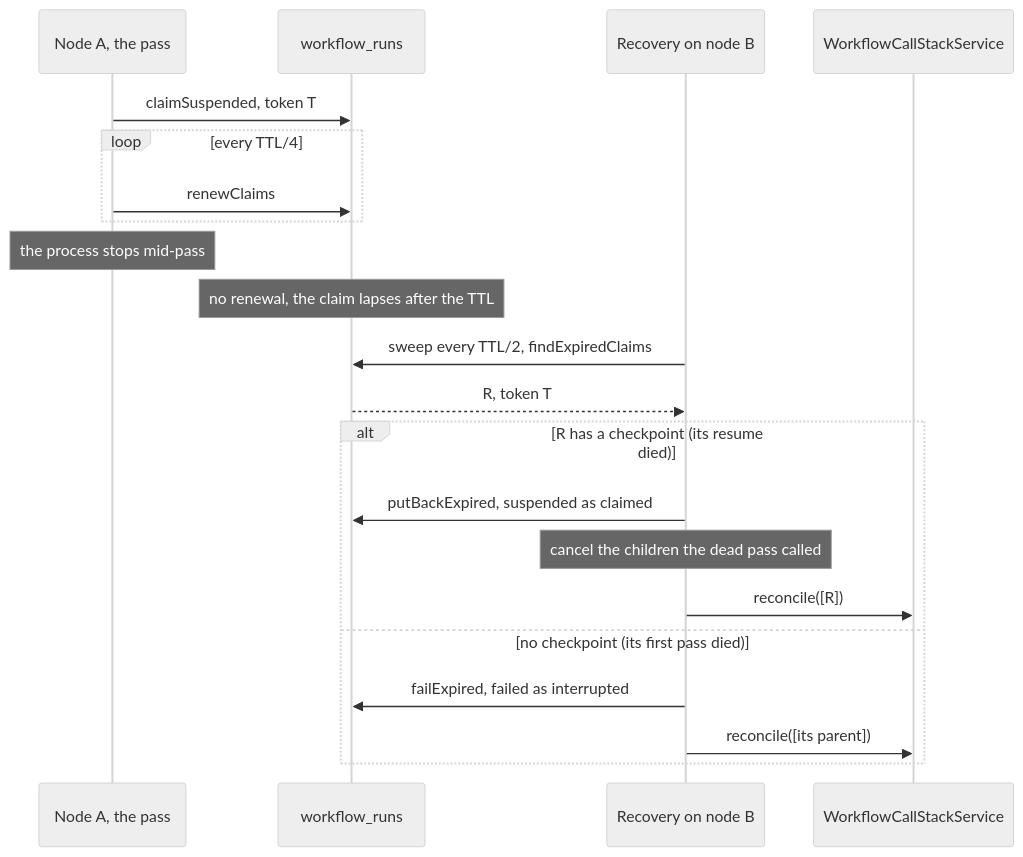
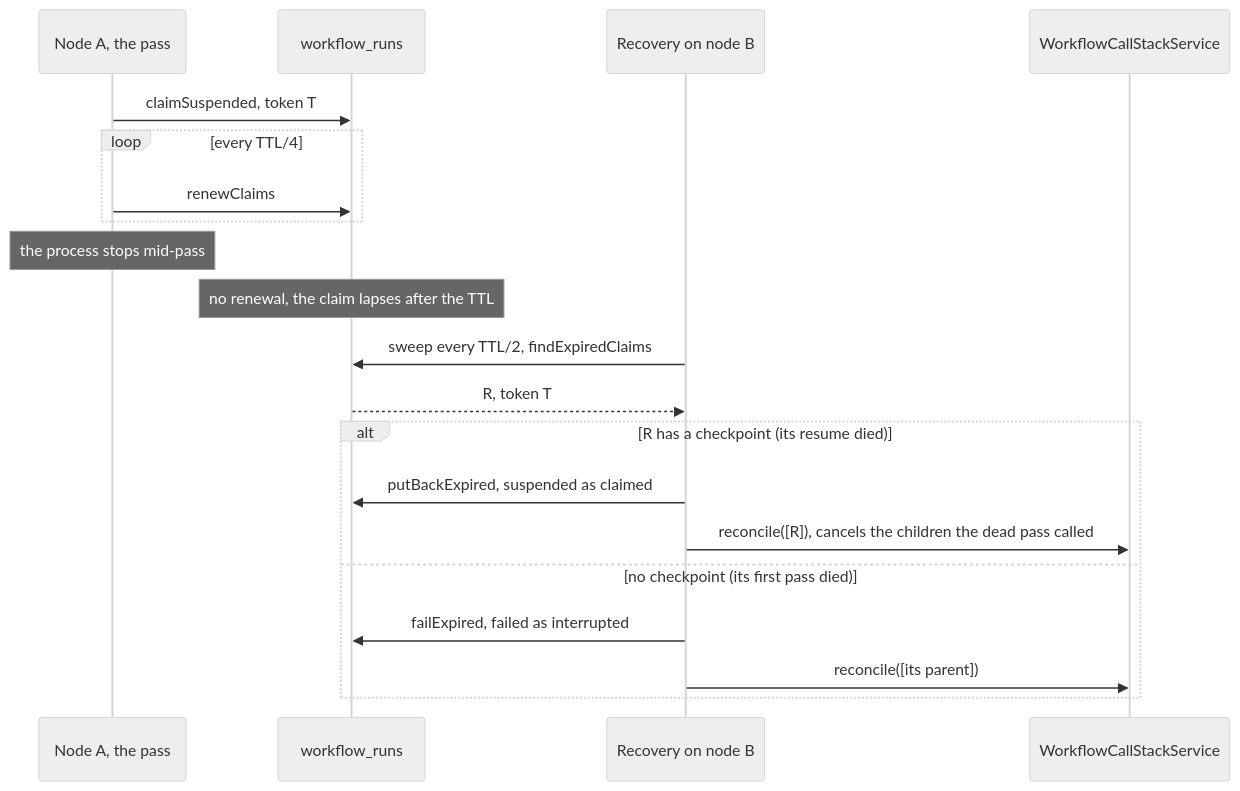
The sixth of 6 diagrams in packages/api/src/workflow/README.md (hexabot-ai/Hexabot), drawn with Mermaid (neutral theme) before and after one commit. The commit also changed other lines of this file and 12 other files, not shown here.

````diff
--- a/packages/api/src/workflow/README.md
+++ b/packages/api/src/workflow/README.md
@@ -388,24 +420,23 @@
 ```mermaid
 sequenceDiagram
   participant A as Node A, the pass
   participant DB as workflow_runs
   participant B as Recovery on node B
   participant CallStack as WorkflowCallStackService
 
   A->>DB: claimSuspended, token T
   loop every TTL/4
     A->>DB: renewClaims
   end
   Note over A: the process stops mid-pass
   Note over DB: no renewal, the claim lapses after the TTL
   B->>DB: sweep every TTL/2, findExpiredClaims
   DB-->>B: R, token T
   alt R has a checkpoint (its resume died)
     B->>DB: putBackExpired, suspended as claimed
-    Note over B: cancel the children the dead pass called
-    B->>CallStack: reconcile([R])
+    B->>CallStack: reconcile([R]), cancels the children the dead pass called
   else no checkpoint (its first pass died)
     B->>DB: failExpired, failed as interrupted
     B->>CallStack: reconcile([its parent])
   end
 ```
````
